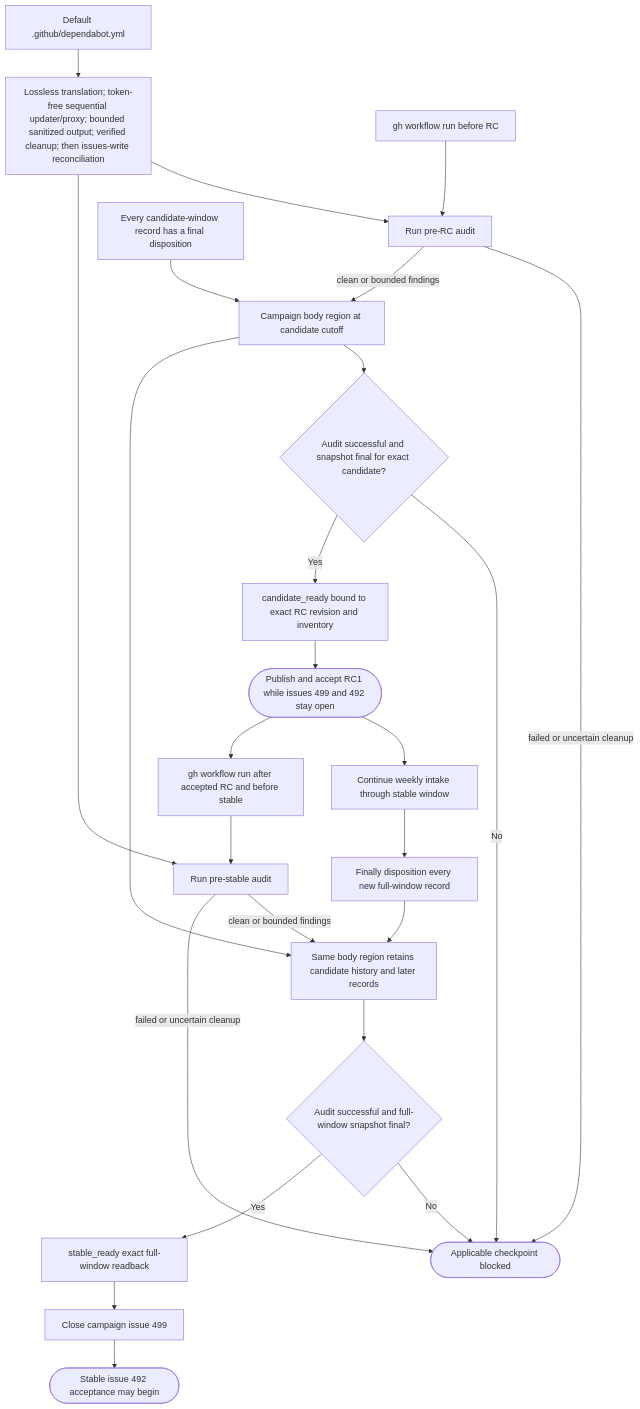
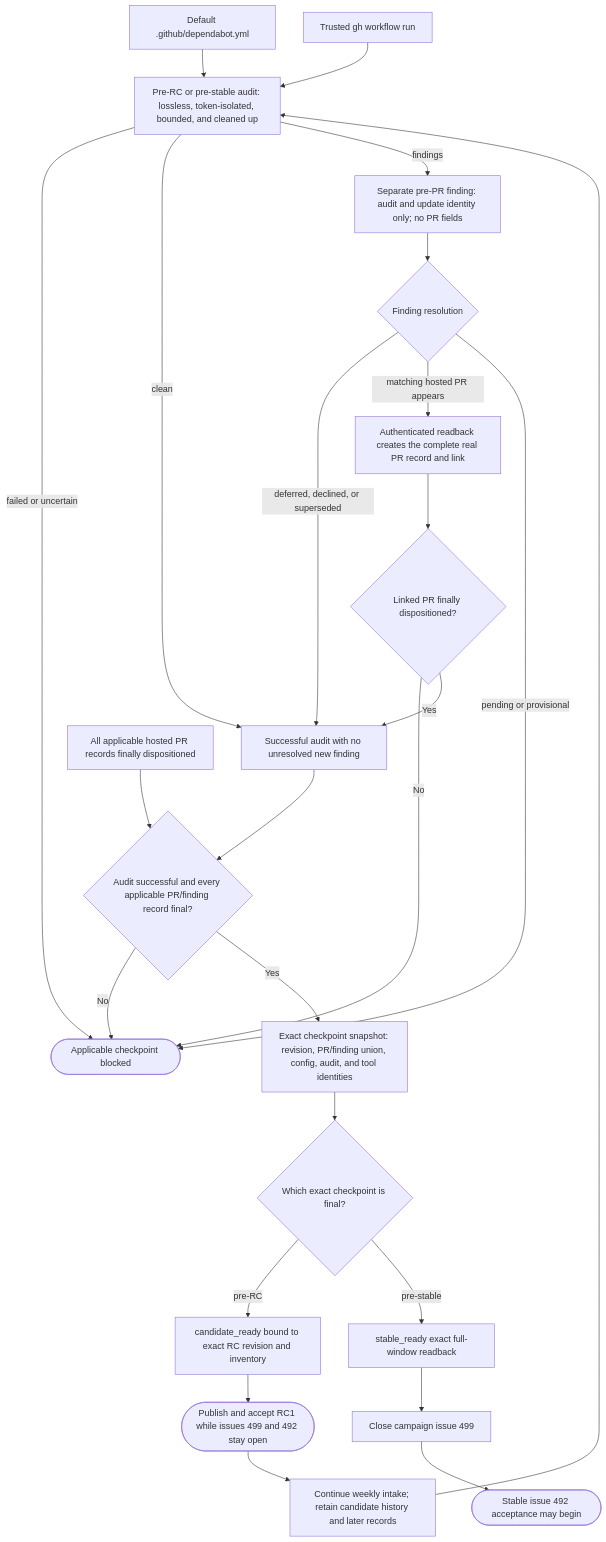
One commit to styler-ai/ProjectAtlas changed diagram 29 of 31 in docs/v050-release-architecture.md. Above: the diagram before and after it, drawn with Mermaid. The commit also changed other lines of this file and 14 other files, not shown here.

Commit message:
docs(issueops): stage graph and audit findings (#500)

````diff
--- a/docs/v050-release-architecture.md
+++ b/docs/v050-release-architecture.md
@@ -454,29 +459,27 @@
 ```mermaid
 flowchart TB
-    Config[Default .github/dependabot.yml] --> AuditContract[Lossless translation; token-free sequential updater/proxy; bounded sanitized output; verified cleanup; then issues-write reconciliation]
-    PreRC[gh workflow run before RC] --> PreRCAudit[Run pre-RC audit]
-    AuditContract --> PreRCAudit
-    PreRCAudit -- failed or uncertain cleanup --> Block([Applicable checkpoint blocked])
-    CandidateRecords[Every candidate-window record has a final disposition] --> CandidateInventory[Campaign body region at candidate cutoff]
-    PreRCAudit -- clean or bounded findings --> CandidateInventory
-    CandidateInventory --> CandidateGate{Audit successful and snapshot final for exact candidate?}
-    CandidateGate -- No --> Block
-    CandidateGate -- Yes --> CandidateReady[candidate_ready bound to exact RC revision and inventory]
+    Config[Default .github/dependabot.yml] --> Audit["Pre-RC or pre-stable audit: lossless, token-isolated, bounded, and cleaned up"]
+    Dispatch[Trusted gh workflow run] --> Audit
+    Audit -- failed or uncertain --> Block([Applicable checkpoint blocked])
+    Audit -- clean --> AuditFinal[Successful audit with no unresolved new finding]
+    Audit -- findings --> Finding["Separate pre-PR finding: audit and update identity only; no PR fields"]
+    Finding --> Resolution{"Finding resolution"}
+    Resolution -- deferred, declined, or superseded --> AuditFinal
+    Resolution -- matching hosted PR appears --> Readback["Authenticated readback creates the complete real PR record and link"]
+    Readback --> PRFinal{"Linked PR finally dispositioned?"}
+    PRFinal -- No --> Block
+    PRFinal -- Yes --> AuditFinal
+    Resolution -- pending or provisional --> Block
+    AuditFinal --> Gate{"Audit successful and every applicable PR/finding record final?"}
+    PRRecords[All applicable hosted PR records finally dispositioned] --> Gate
+    Gate -- No --> Block
+    Gate -- Yes --> Snapshot["Exact checkpoint snapshot: revision, PR/finding union, config, audit, and tool identities"]
+    Snapshot --> Stage{"Which exact checkpoint is final?"}
+    Stage -- pre-RC --> CandidateReady[candidate_ready bound to exact RC revision and inventory]
     CandidateReady --> RC1([Publish and accept RC1 while issues 499 and 492 stay open])
-
-    RC1 --> StableWindow[Continue weekly intake through stable window]
-    StableWindow --> LaterRecords[Finally disposition every new full-window record]
-    CandidateInventory --> StableInventory[Same body region retains candidate history and later records]
-    LaterRecords --> StableInventory
-    RC1 --> PreStable[gh workflow run after accepted RC and before stable]
-    AuditContract --> StableAudit[Run pre-stable audit]
-    PreStable --> StableAudit
-    StableAudit -- clean or bounded findings --> StableInventory
-    StableAudit -- failed or uncertain cleanup --> Block
-    StableInventory --> StableGate
-    StableGate{Audit successful and full-window snapshot final?}
-    StableGate -- No --> Block
-    StableGate -- Yes --> StableReady[stable_ready exact full-window readback]
+    RC1 --> StableWindow["Continue weekly intake; retain candidate history and later records"]
+    StableWindow --> Audit
+    Stage -- pre-stable --> StableReady[stable_ready exact full-window readback]
     StableReady --> Close499[Close campaign issue 499]
     Close499 --> Release([Stable issue 492 acceptance may begin])
 ```
````
